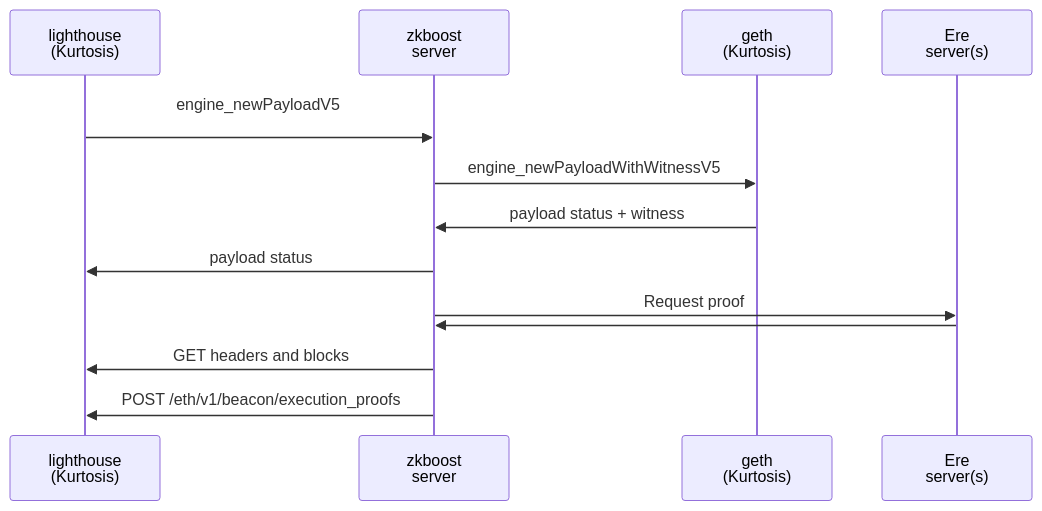
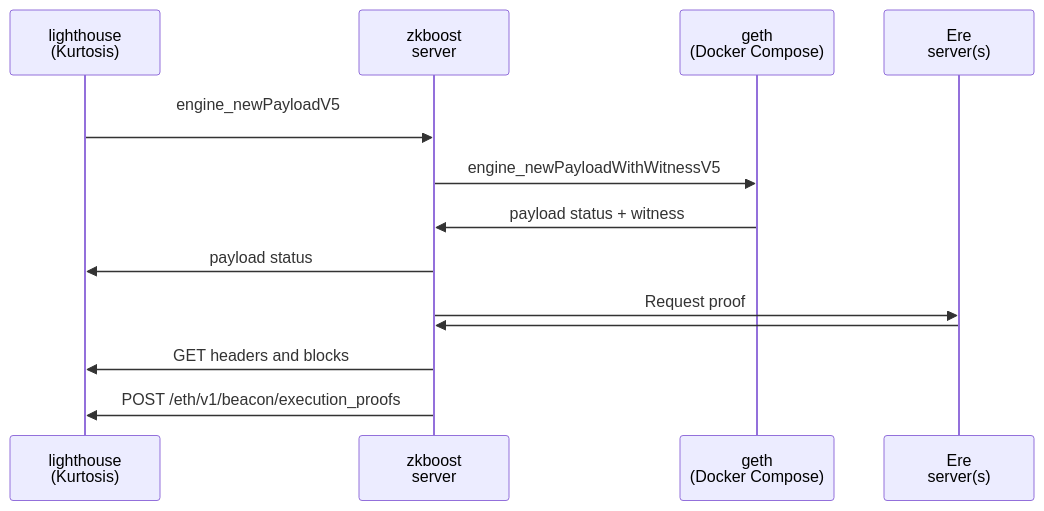
One commit to eth-act/zkboost changed the diagram in docker/example/testnet/README.md. Above: the diagram before and after it, drawn with Mermaid. The commit also changed other lines of this file and 19 other files, not shown here.

````diff
--- a/docker/example/testnet/README.md
+++ b/docker/example/testnet/README.md
@@ -7,15 +7,15 @@
 ```mermaid
 sequenceDiagram
     participant CL as lighthouse <br> (Kurtosis)
     participant zkboost as zkboost <br> server
-    participant EL as geth <br> (Kurtosis)
+    participant EL as geth <br> (Docker Compose)
     participant Ere as Ere <br> server(s)
     CL->>zkboost: engine_newPayloadV5 <br>
     zkboost->>EL: engine_newPayloadWithWitnessV5
     EL->>zkboost: payload status + witness
     zkboost->>CL: payload status
     zkboost->>Ere: Request proof
     Ere->>zkboost:
     zkboost->>CL: GET headers and blocks
     zkboost->>CL: POST /eth/v1/beacon/execution_proofs
 ```
````
